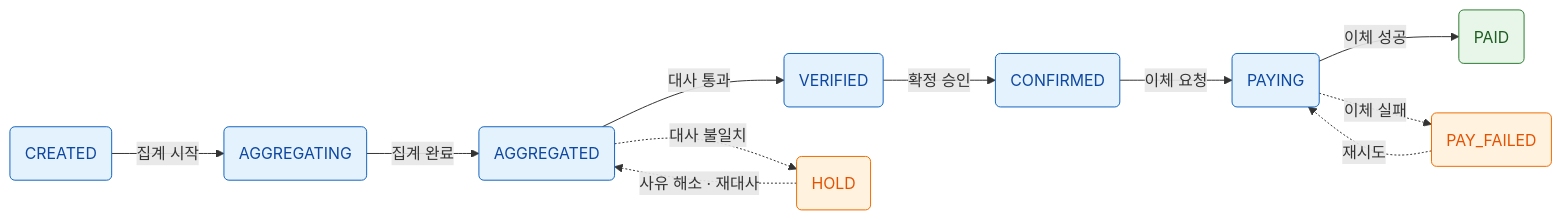
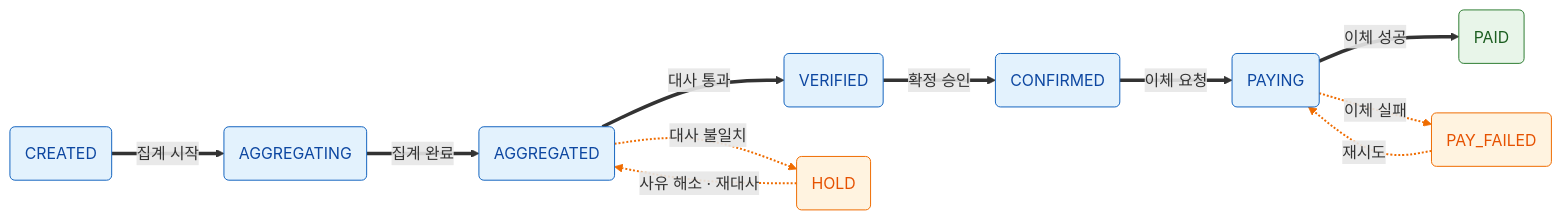
Before and after one commit to sinabro-study/garden: the diagram in 00_Inbox/정산 시스템 구축 가이드.md, drawn with Mermaid. The commit also changed other lines of this file and 1 other file, not shown here.

Commit message:
(Inbox) 정산 다이어그램 흐름 구분 가시성 개선 (굵은 실선 vs 주황 점선)

````diff
--- a/00_Inbox/정산 시스템 구축 가이드.md
+++ b/00_Inbox/정산 시스템 구축 가이드.md
@@ -48,15 +48,16 @@
 ```mermaid
 flowchart LR
-    C(CREATED) -->|집계 시작| AG(AGGREGATING) -->|집계 완료| AD(AGGREGATED) -->|대사 통과| V(VERIFIED) -->|확정 승인| CF(CONFIRMED) -->|이체 요청| PY(PAYING) -->|이체 성공| PD(PAID)
+    C(CREATED) ==>|집계 시작| AG(AGGREGATING) ==>|집계 완료| AD(AGGREGATED) ==>|대사 통과| V(VERIFIED) ==>|확정 승인| CF(CONFIRMED) ==>|이체 요청| PY(PAYING) ==>|이체 성공| PD(PAID)
     AD -. 대사 불일치 .-> H(HOLD)
     H -. 사유 해소 · 재대사 .-> AD
     PY -. 이체 실패 .-> PF(PAY_FAILED)
     PF -. 재시도 .-> PY
+    linkStyle 6,7,8,9 stroke:#ef6c00,stroke-width:2px
 
     classDef normal fill:#e3f2fd,stroke:#1565c0,color:#0d47a1
     classDef final fill:#e8f5e9,stroke:#2e7d32,color:#1b5e20
     classDef warn fill:#fff3e0,stroke:#ef6c00,color:#e65100
     class C,AG,AD,V,CF,PY normal
     class PD final
     class H,PF warn
 ```
````
